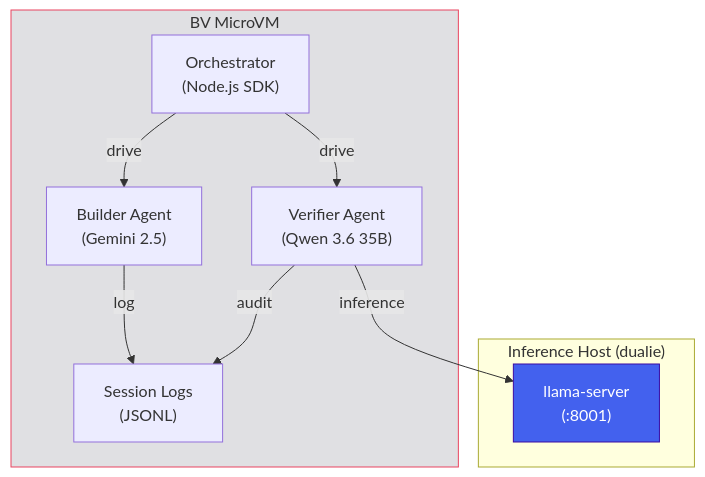
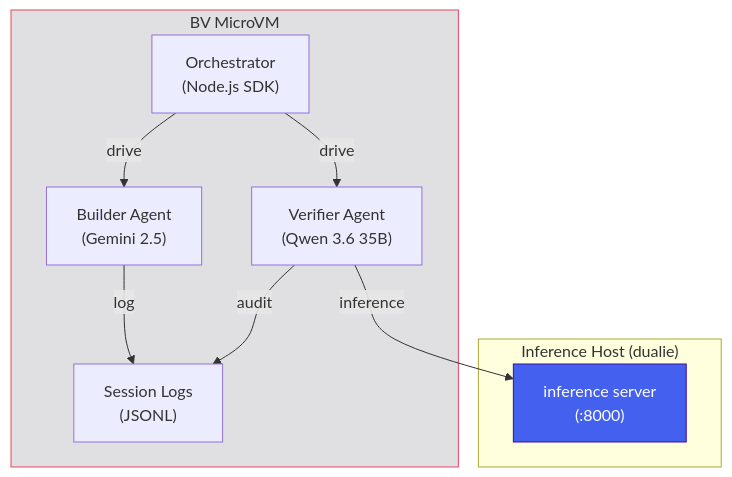
One commit to tenarches/nix-permafrost changed the sixth of 7 diagrams in docs/architecture.md. Above: the diagram before and after it, drawn with Mermaid. The commit also changed other lines of this file and 3 other files, not shown here.

````diff
--- a/docs/architecture.md
+++ b/docs/architecture.md
@@ -318,22 +318,22 @@
 ```mermaid
 graph TD
     subgraph GUEST["BV MicroVM"]
         ORCH["Orchestrator<br/>(Node.js SDK)"]
         BUILDER["Builder Agent<br/>(Gemini 2.5)"]
         VERIFIER["Verifier Agent<br/>(Qwen 3.6 35B)"]
         SESSIONS["Session Logs<br/>(JSONL)"]
     end
 
     subgraph HOST["Inference Host (dualie)"]
-        LLAMA["llama-server<br/>(:8001)"]
+        LLAMA["inference server<br/>(:8000)"]
     end
 
     ORCH -->|drive| BUILDER
     ORCH -->|drive| VERIFIER
     BUILDER -->|log| SESSIONS
     VERIFIER -->|audit| SESSIONS
     VERIFIER -->|inference| LLAMA
 
     style GUEST fill:#1a1a2e22,stroke:#e94560
     style LLAMA fill:#4361ee,stroke:#3a0ca3,color:#fff
 ```
````
